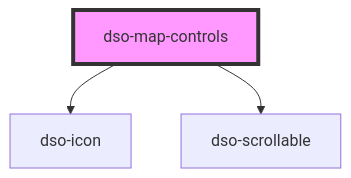
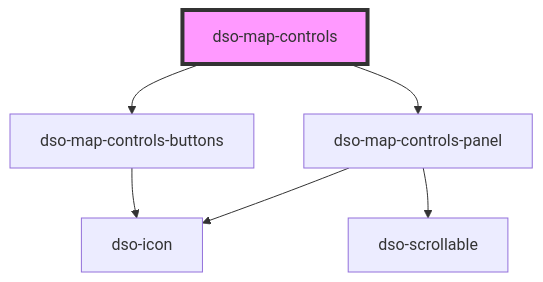
The diagram in packages/core/src/components/map-controls/readme.md (dso-toolkit/dso-toolkit), drawn with Mermaid before and after one commit. The commit also changed other lines of this file and 43 other files, not shown here.

First line of the commit message:
#2196 [Added] Map Controls: buttonLabel, buttonLabelMode, button slot & buttons uitlijnen

````diff
--- a/packages/core/src/components/map-controls/readme.md
+++ b/packages/core/src/components/map-controls/readme.md
@@ -46,6 +35,9 @@
 ```mermaid
 graph TD;
-  dso-map-controls --> dso-icon
-  dso-map-controls --> dso-scrollable
+  dso-map-controls --> dso-map-controls-buttons
+  dso-map-controls --> dso-map-controls-panel
+  dso-map-controls-buttons --> dso-icon
+  dso-map-controls-panel --> dso-icon
+  dso-map-controls-panel --> dso-scrollable
   style dso-map-controls fill:#f9f,stroke:#333,stroke-width:4px
 ```
````
